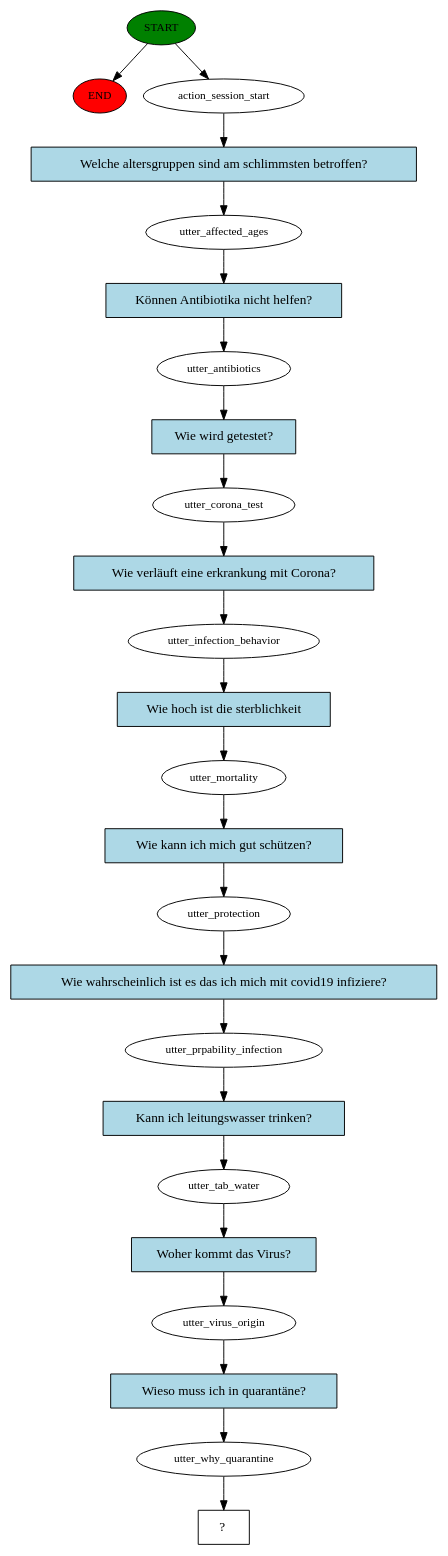
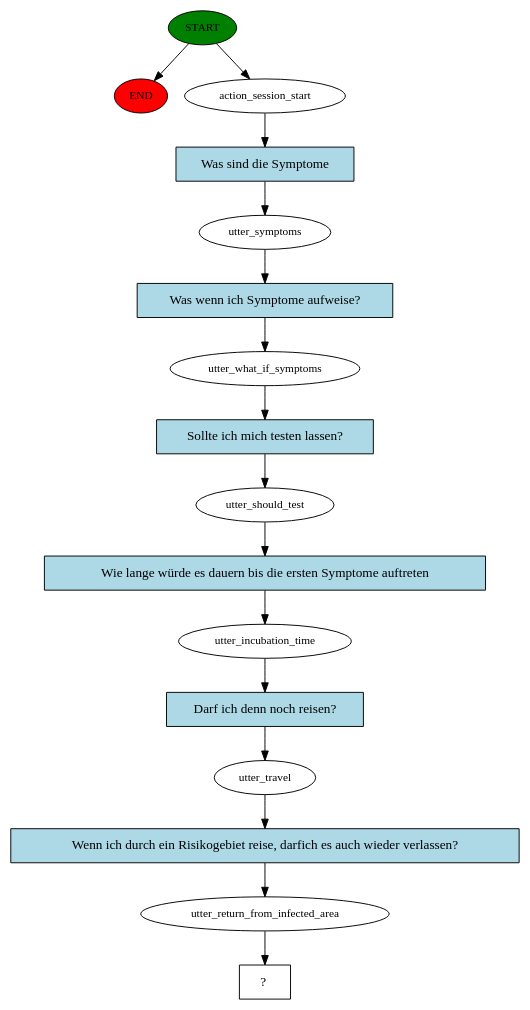
Before and after one commit to CoronaBibliothekar/CoronaBibliothekar: the diagram in story_graph.dot, drawn with Graphviz. The commit also changed 3 other files, not shown here.

```diff
--- a/story_graph.dot
+++ b/story_graph.dot
@@ -1,49 +1,33 @@
 digraph  {
 0 [class="start active", fillcolor=green, fontsize=12, label=START, style=filled];
 "-1" [class=end, fillcolor=red, fontsize=12, label=END, style=filled];
 1 [class=active, fontsize=12, label=action_session_start];
-2 [class=active, fontsize=12, label=utter_affected_ages];
-3 [class=active, fontsize=12, label=utter_antibiotics];
-4 [class=active, fontsize=12, label=utter_corona_test];
-5 [class=active, fontsize=12, label=utter_infection_behavior];
-6 [class=active, fontsize=12, label=utter_mortality];
-7 [class=active, fontsize=12, label=utter_protection];
-8 [class=active, fontsize=12, label=utter_prpability_infection];
-9 [class=active, fontsize=12, label=utter_tab_water];
-10 [class=active, fontsize=12, label=utter_virus_origin];
-11 [class=active, fontsize=12, label=utter_why_quarantine];
-12 [class="intent dashed active", label="  ?  ", shape=rect];
-13 [class="intent active", fillcolor=lightblue, label="Welche altersgruppen sind am schlimmsten betroffen?", shape=rect, style=filled];
-14 [class="intent active", fillcolor=lightblue, label="Können Antibiotika nicht helfen?", shape=rect, style=filled];
-15 [class="intent active", fillcolor=lightblue, label="Wie wird getestet?", shape=rect, style=filled];
-16 [class="intent active", fillcolor=lightblue, label="Wie verläuft eine erkrankung mit Corona?", shape=rect, style=filled];
-17 [class="intent active", fillcolor=lightblue, label="Wie hoch ist die sterblichkeit", shape=rect, style=filled];
-18 [class="intent active", fillcolor=lightblue, label="Wie kann ich mich gut schützen?", shape=rect, style=filled];
-19 [class="intent active", fillcolor=lightblue, label="Wie wahrscheinlich ist es das ich mich mit covid19 infiziere?", shape=rect, style=filled];
-20 [class="intent active", fillcolor=lightblue, label="Kann ich leitungswasser trinken?", shape=rect, style=filled];
-21 [class="intent active", fillcolor=lightblue, label="Woher kommt das Virus?", shape=rect, style=filled];
-22 [class="intent active", fillcolor=lightblue, label="Wieso muss ich in quarantäne?", shape=rect, style=filled];
+2 [class=active, fontsize=12, label=utter_symptoms];
+3 [class=active, fontsize=12, label=utter_what_if_symptoms];
+4 [class=active, fontsize=12, label=utter_should_test];
+5 [class=active, fontsize=12, label=utter_incubation_time];
+6 [class=active, fontsize=12, label=utter_travel];
+7 [class=active, fontsize=12, label=utter_return_from_infected_area];
+8 [class="intent dashed active", label="  ?  ", shape=rect];
+9 [class="intent active", fillcolor=lightblue, label="Was sind die Symptome", shape=rect, style=filled];
+10 [class="intent active", fillcolor=lightblue, label="Was wenn ich Symptome aufweise?", shape=rect, style=filled];
+11 [class="intent active", fillcolor=lightblue, label="Sollte ich mich testen lassen?", shape=rect, style=filled];
+12 [class="intent active", fillcolor=lightblue, label="Wie lange würde es dauern bis die ersten Symptome auftreten", shape=rect, style=filled];
+13 [class="intent active", fillcolor=lightblue, label="Darf ich denn noch reisen?", shape=rect, style=filled];
+14 [class="intent active", fillcolor=lightblue, label="Wenn ich durch ein Risikogebiet reise, darfich es auch wieder verlassen?", shape=rect, style=filled];
 0 -> "-1"  [class="", key=NONE, label=""];
 0 -> 1  [class=active, key=NONE, label=""];
-1 -> 13  [class=active, key=0];
-2 -> 14  [class=active, key=0];
-3 -> 15  [class=active, key=0];
-4 -> 16  [class=active, key=0];
-5 -> 17  [class=active, key=0];
-6 -> 18  [class=active, key=0];
-7 -> 19  [class=active, key=0];
-8 -> 20  [class=active, key=0];
-9 -> 21  [class=active, key=0];
-10 -> 22  [class=active, key=0];
-11 -> 12  [class=active, key=NONE, label=""];
-13 -> 2  [class=active, key=0];
-14 -> 3  [class=active, key=0];
-15 -> 4  [class=active, key=0];
-16 -> 5  [class=active, key=0];
-17 -> 6  [class=active, key=0];
-18 -> 7  [class=active, key=0];
-19 -> 8  [class=active, key=0];
-20 -> 9  [class=active, key=0];
-21 -> 10  [class=active, key=0];
-22 -> 11  [class=active, key=0];
+1 -> 9  [class=active, key=0];
+2 -> 10  [class=active, key=0];
+3 -> 11  [class=active, key=0];
+4 -> 12  [class=active, key=0];
+5 -> 13  [class=active, key=0];
+6 -> 14  [class=active, key=0];
+7 -> 8  [class=active, key=NONE, label=""];
+9 -> 2  [class=active, key=0];
+10 -> 3  [class=active, key=0];
+11 -> 4  [class=active, key=0];
+12 -> 5  [class=active, key=0];
+13 -> 6  [class=active, key=0];
+14 -> 7  [class=active, key=0];
 }
```
